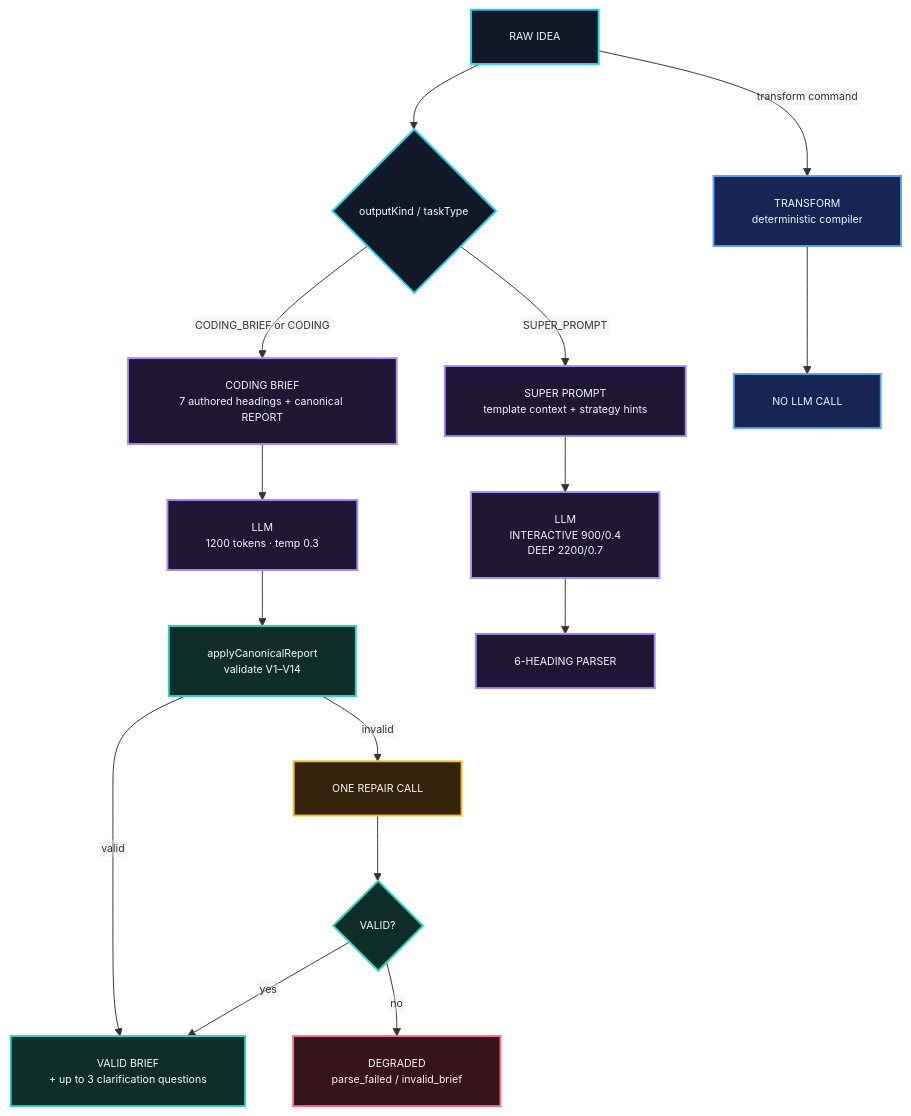
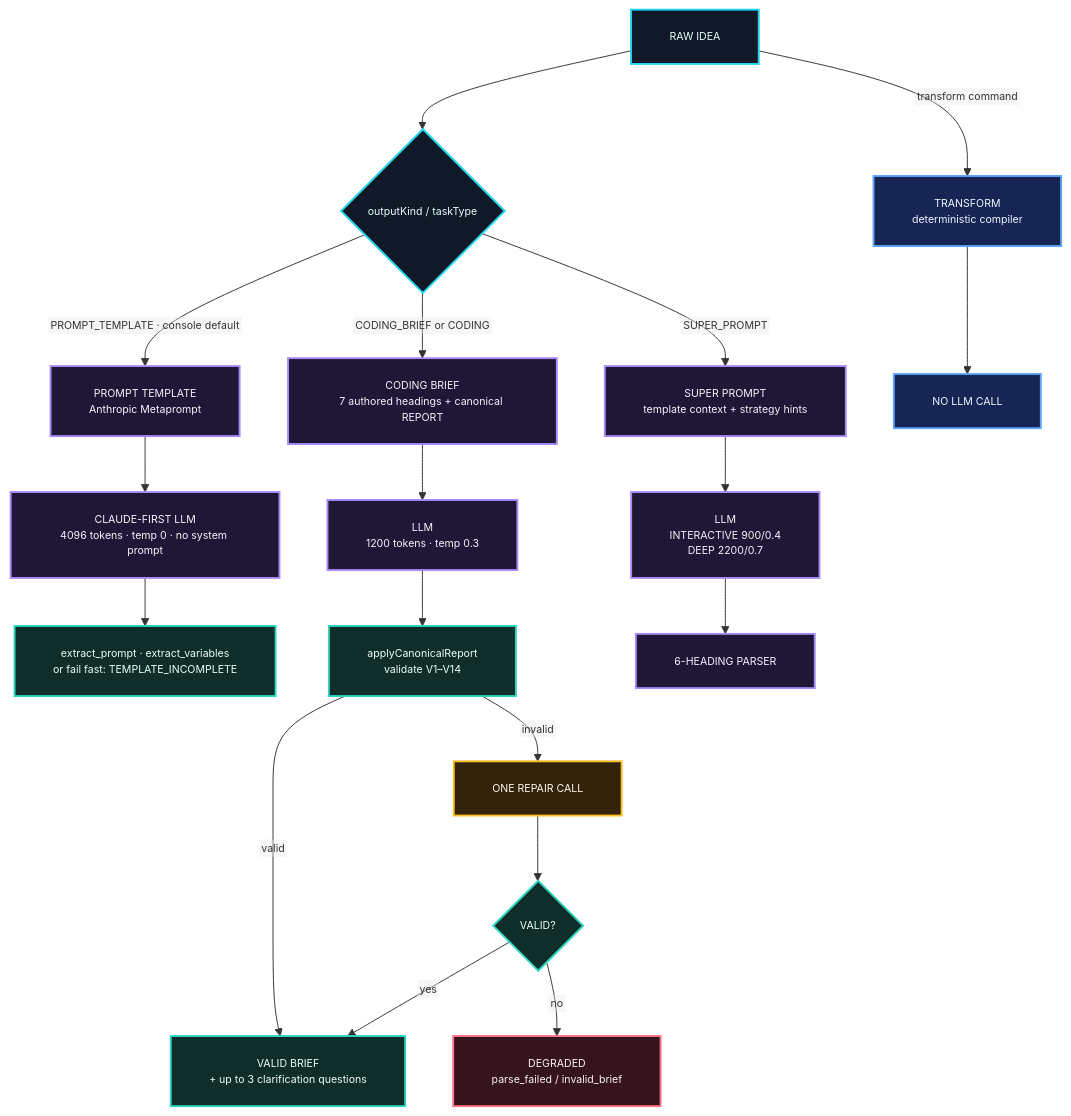
Before and after one commit to drferdi/Myprompt: the first of 2 diagrams in README.md, drawn with Mermaid. The commit also changed other lines of this file and 4 other files, not shown here.

First line of the commit message:
feat(prompt): Claude-first provider order and README for Metaprompt

````diff
--- a/README.md
+++ b/README.md
@@ -208,41 +292,46 @@
 ```mermaid
 %%{init: {"flowchart": {"htmlLabels": false, "padding": 20}, "themeVariables": {"fontFamily": "monospace", "fontSize": "11px"}}}%%
 flowchart TD
     A["RAW IDEA"]
     B{"outputKind / taskType"}
+    P["PROMPT TEMPLATE<br/>Anthropic Metaprompt"]
+    Q["CLAUDE-FIRST LLM<br/>4096 tokens · temp 0 · no system prompt"]
+    R["extract_prompt · extract_variables<br/>or fail fast: TEMPLATE_INCOMPLETE"]
     C["CODING BRIEF<br/>7 authored headings + canonical REPORT"]
     D["LLM<br/>1200 tokens · temp 0.3"]
     E["applyCanonicalReport<br/>validate V1–V14"]
     F["VALID BRIEF<br/>+ up to 3 clarification questions"]
     G["ONE REPAIR CALL"]
     H{"VALID?"}
     I["DEGRADED<br/>parse_failed / invalid_brief"]
     J["SUPER PROMPT<br/>template context + strategy hints"]
     K["LLM<br/>INTERACTIVE 900/0.4<br/>DEEP 2200/0.7"]
     L["6-HEADING PARSER"]
     M["TRANSFORM<br/>deterministic compiler"]
     N["NO LLM CALL"]
 
     A --> B
+    B -->|PROMPT_TEMPLATE · console default| P --> Q --> R
     B -->|CODING_BRIEF or CODING| C --> D --> E
     E -->|valid| F
     E -->|invalid| G --> H
     H -->|yes| F
     H -->|no| I
     B -->|SUPER_PROMPT| J --> K --> L
     A -->|transform command| M --> N
 
     classDef input fill:#111827,stroke:#22D3EE,color:#E6FFFB,stroke-width:2px;
     classDef brief fill:#1F1735,stroke:#A78BFA,color:#F5F3FF,stroke-width:2px;
     classDef verify fill:#0F2E2A,stroke:#2DD4BF,color:#ECFDF5,stroke-width:2px;
     classDef warn fill:#33230B,stroke:#FBBF24,color:#FFF7ED,stroke-width:2px;
     classDef fail fill:#35151B,stroke:#FB7185,color:#FFF1F2,stroke-width:2px;
     classDef transform fill:#172554,stroke:#60A5FA,color:#EFF6FF,stroke-width:2px;
 
     class A,B input;
-    class C,D,J,K,L brief;
+    class C,D,J,K,L,P,Q brief;
+    class R verify;
     class E,F,H verify;
     class G warn;
     class I fail;
     class M,N transform;
 ```
````
